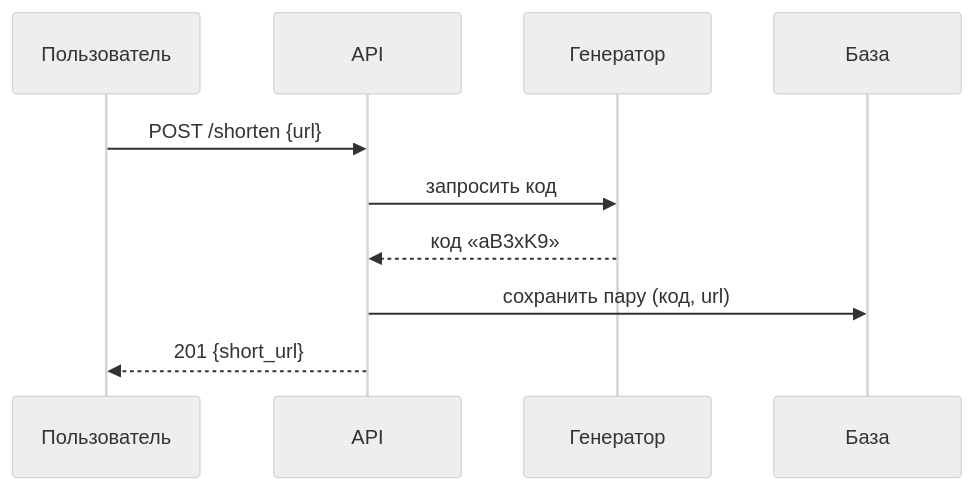
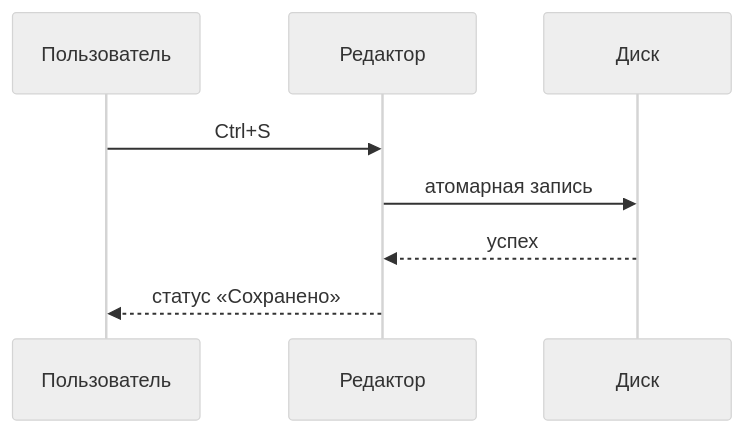
The second of 5 diagrams in skills/markdown-diagrams/references/exemplar.md (Ydjin1984/davinci-markdown-editor), drawn with Mermaid (neutral theme) before and after one commit. The commit also changed other lines of this file and 4 other files, not shown here.

````diff
--- a/skills/markdown-diagrams/references/exemplar.md
+++ b/skills/markdown-diagrams/references/exemplar.md
@@ -33,12 +52,10 @@
 ```mermaid
 sequenceDiagram
     participant U as Пользователь
-    participant A as API
-    participant G as Генератор
-    participant D as База
-    U->>A: POST /shorten {url}
-    A->>G: запросить код
-    G-->>A: код «aB3xK9»
-    A->>D: сохранить пару (код, url)
-    A-->>U: 201 {short_url}
+    participant E as Редактор
+    participant D as Диск
+    U->>E: Ctrl+S
+    E->>D: атомарная запись
+    D-->>E: успех
+    E-->>U: статус «Сохранено»
 ```
````
